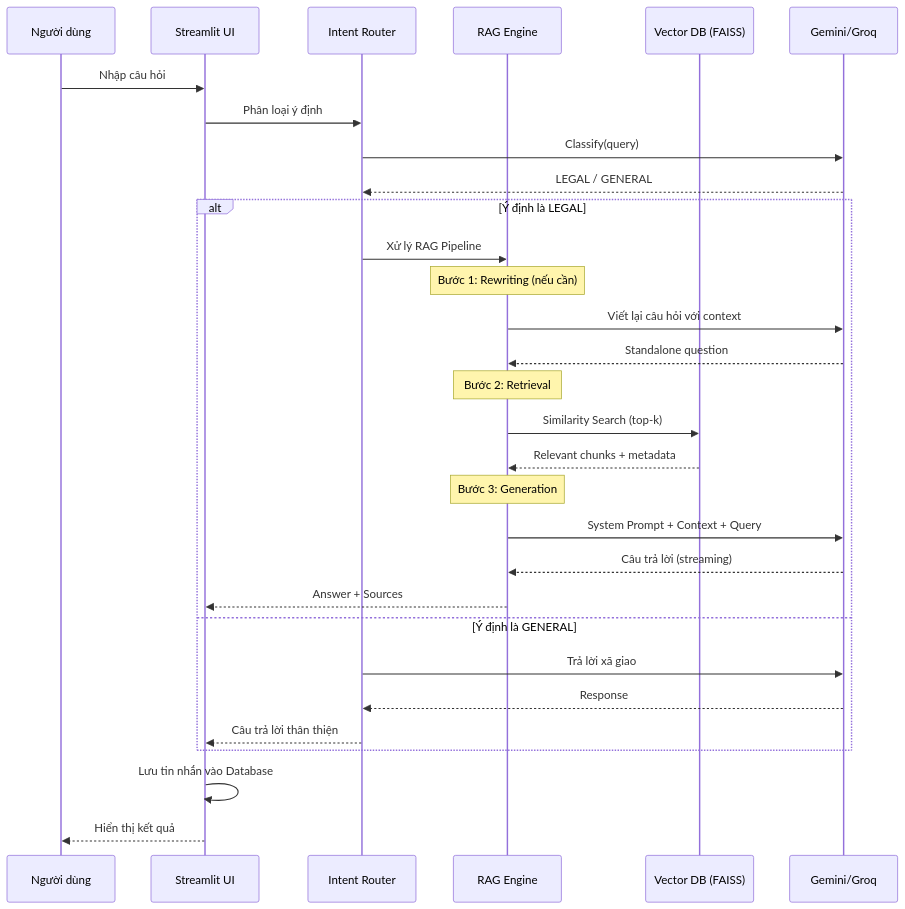
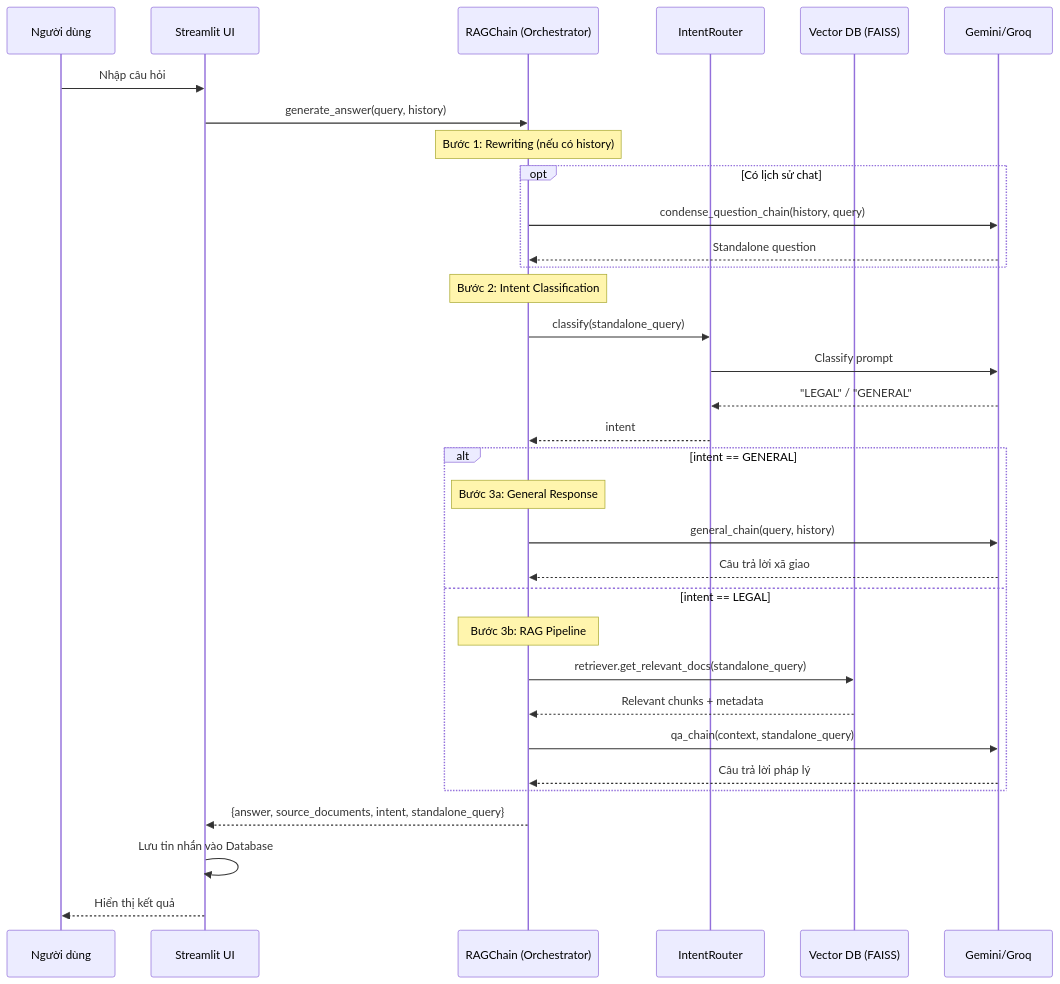
One commit to doananhhung/chat-bot-law changed the diagram in docs/2_flows/ai_rag_pipeline.md. Above: the diagram before and after it, drawn with Mermaid. The commit also changed other lines of this file and 3 other files, not shown here.

First line of the commit message:
feat(config): add separate LLM config for Query Rewriter

````diff
--- a/docs/2_flows/ai_rag_pipeline.md
+++ b/docs/2_flows/ai_rag_pipeline.md
@@ -7,39 +7,41 @@
 ```mermaid
 sequenceDiagram
     participant U as Người dùng
     participant UI as Streamlit UI
-    participant Router as Intent Router
-    participant RAG as RAG Engine
+    participant RAG as RAGChain (Orchestrator)
+    participant Router as IntentRouter
     participant VDB as Vector DB (FAISS)
     participant LLM as Gemini/Groq
 
     U->>UI: Nhập câu hỏi
-    UI->>Router: Phân loại ý định
-    Router->>LLM: Classify(query)
-    LLM-->>Router: LEGAL / GENERAL
+    UI->>RAG: generate_answer(query, history)
 
-    alt Ý định là LEGAL
-        Router->>RAG: Xử lý RAG Pipeline
+    Note over RAG: Bước 1: Rewriting (nếu có history)
+    opt Có lịch sử chat
+        RAG->>LLM: condense_question_chain(history, query)
+        LLM-->>RAG: Standalone question
+    end
 
-        Note over RAG: Bước 1: Rewriting (nếu cần)
-        RAG->>LLM: Viết lại câu hỏi với context
-        LLM-->>RAG: Standalone question
+    Note over RAG: Bước 2: Intent Classification
+    RAG->>Router: classify(standalone_query)
+    Router->>LLM: Classify prompt
+    LLM-->>Router: "LEGAL" / "GENERAL"
+    Router-->>RAG: intent
 
-        Note over RAG: Bước 2: Retrieval
-        RAG->>VDB: Similarity Search (top-k)
+    alt intent == GENERAL
+        Note over RAG: Bước 3a: General Response
+        RAG->>LLM: general_chain(query, history)
+        LLM-->>RAG: Câu trả lời xã giao
+    else intent == LEGAL
+        Note over RAG: Bước 3b: RAG Pipeline
+        RAG->>VDB: retriever.get_relevant_docs(standalone_query)
         VDB-->>RAG: Relevant chunks + metadata
 
-        Note over RAG: Bước 3: Generation
-        RAG->>LLM: System Prompt + Context + Query
-        LLM-->>RAG: Câu trả lời (streaming)
-
-        RAG-->>UI: Answer + Sources
-    else Ý định là GENERAL
-        Router->>LLM: Trả lời xã giao
-        LLM-->>Router: Response
-        Router-->>UI: Câu trả lời thân thiện
+        RAG->>LLM: qa_chain(context, standalone_query)
+        LLM-->>RAG: Câu trả lời pháp lý
     end
 
+    RAG-->>UI: {answer, source_documents, intent, standalone_query}
     UI->>UI: Lưu tin nhắn vào Database
     UI-->>U: Hiển thị kết quả
 ```
````
